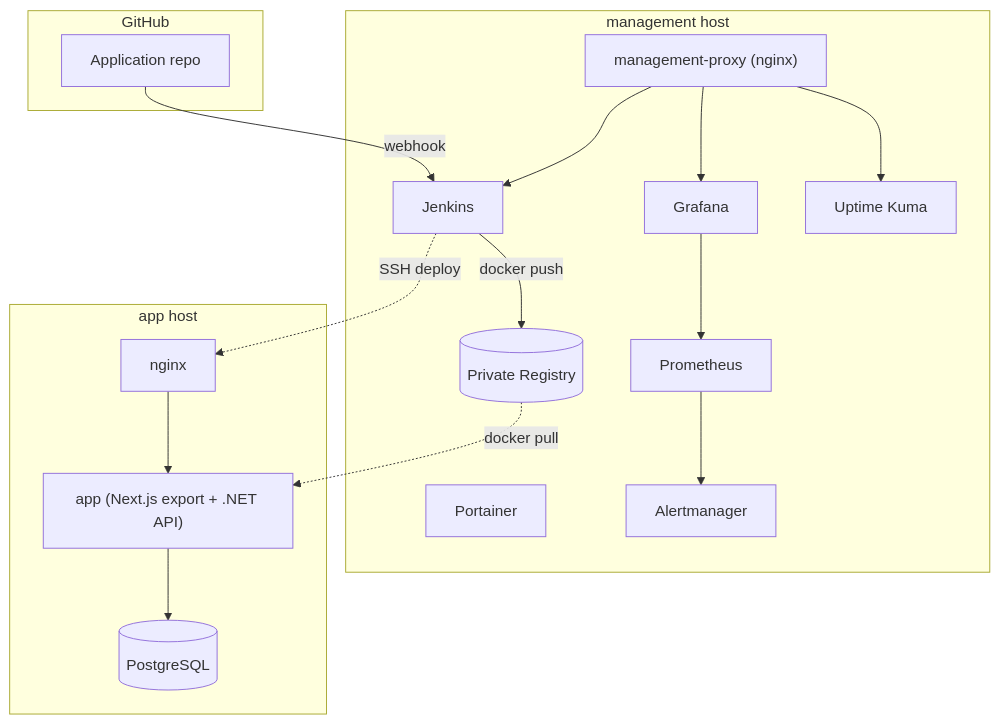
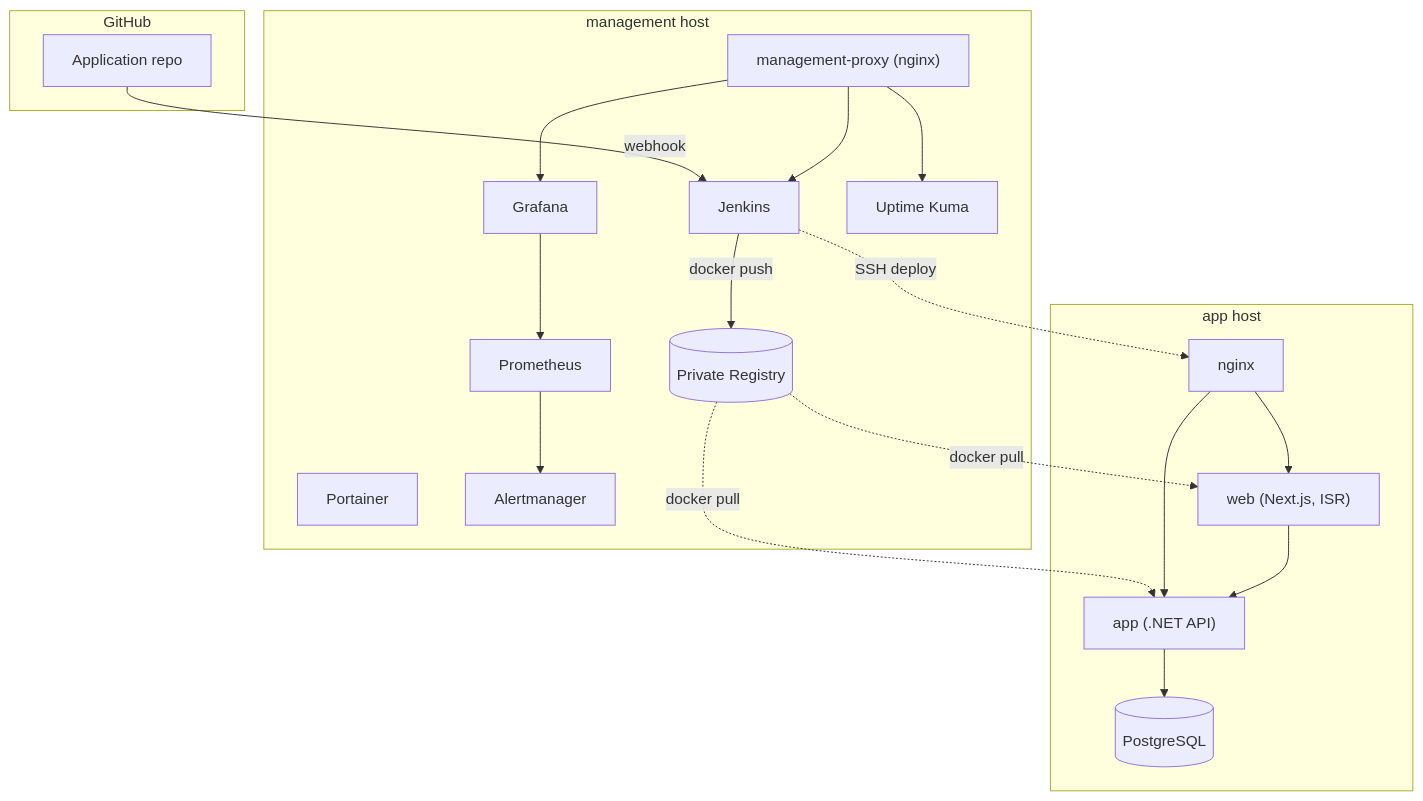
The first of 3 diagrams in docs/architecture.md (mcansem/infra), drawn with Mermaid before and after one commit. The commit also changed other lines of this file and 13 other files, not shown here.

````diff
--- a/docs/architecture.md
+++ b/docs/architecture.md
@@ -14,35 +14,39 @@
 ```mermaid
 graph TB
     subgraph GitHub
         Repo[Application repo]
     end
 
     subgraph management["management host"]
         Jenkins[Jenkins]
         Portainer[Portainer]
         Registry[("Private Registry")]
         MgmtProxy["management-proxy (nginx)"]
         Prom[Prometheus]
         Alert[Alertmanager]
         Grafana[Grafana]
         Uptime["Uptime Kuma"]
     end
 
     subgraph app["app host"]
         AppNginx["nginx"]
-        App["app (Next.js export + .NET API)"]
+        Web["web (Next.js, ISR)"]
+        App["app (.NET API)"]
         Postgres[("PostgreSQL")]
     end
 
     Repo -- webhook --> Jenkins
     Jenkins -- docker push --> Registry
     Jenkins -. "SSH deploy" .-> AppNginx
+    Registry -. "docker pull" .-> Web
     Registry -. "docker pull" .-> App
     MgmtProxy --> Jenkins
     MgmtProxy --> Grafana
     MgmtProxy --> Uptime
     Grafana --> Prom
     Prom --> Alert
+    AppNginx --> Web
     AppNginx --> App
+    Web --> App
     App --> Postgres
 ```
````
